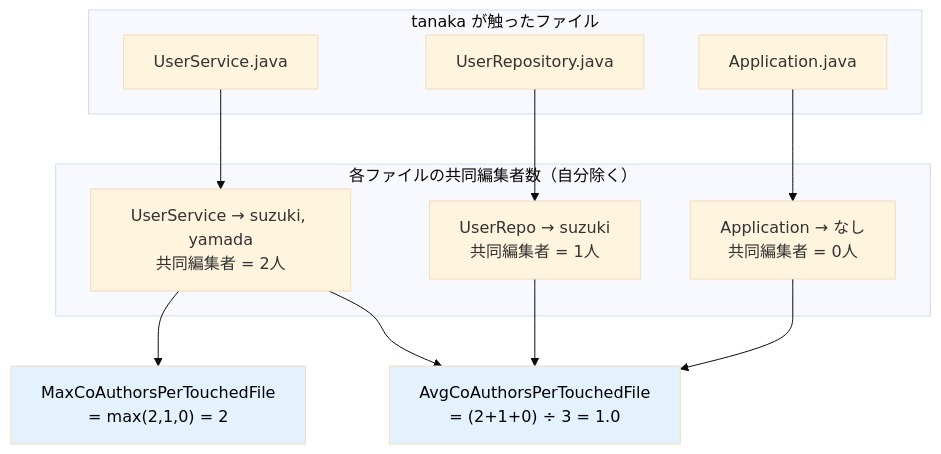
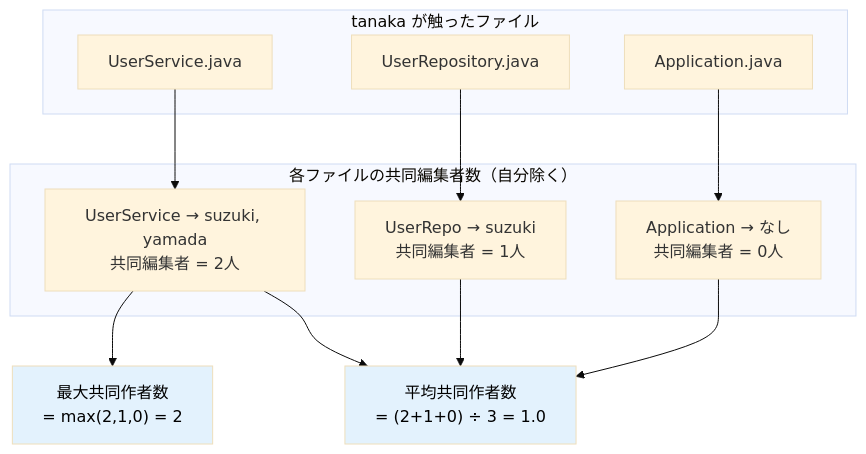
Before and after one commit to horiyamayoh/NarutoCode: the eighth of 15 diagrams in docs/metrics_guide.md, drawn with Mermaid (base theme). The commit also changed other lines of this file and 4 other files, not shown here.

````diff
--- a/docs/metrics_guide.md
+++ b/docs/metrics_guide.md
@@ -329,26 +329,26 @@
 ```mermaid
 flowchart TB
     subgraph FILES["tanaka が触ったファイル"]
         F1["UserService.java"]
         F2["UserRepository.java"]
         F3["Application.java"]
     end
 
     subgraph COAUTHORS["各ファイルの共同編集者数（自分除く）"]
         C1["UserService → suzuki, yamada\n共同編集者 = 2人"]
         C2["UserRepo → suzuki\n共同編集者 = 1人"]
         C3["Application → なし\n共同編集者 = 0人"]
     end
 
     F1 --> C1
     F2 --> C2
     F3 --> C3
 
-    C1 --> AVG["AvgCoAuthorsPerTouchedFile\n= (2+1+0) ÷ 3 = 1.0"]
+    C1 --> AVG["平均共同作者数\n= (2+1+0) ÷ 3 = 1.0"]
     C2 --> AVG
     C3 --> AVG
-    C1 --> MAX["MaxCoAuthorsPerTouchedFile\n= max(2,1,0) = 2"]
+    C1 --> MAX["最大共同作者数\n= max(2,1,0) = 2"]
 
     style AVG fill:#e3f2fd,color:#000
     style MAX fill:#e3f2fd,color:#000
 ```
````
